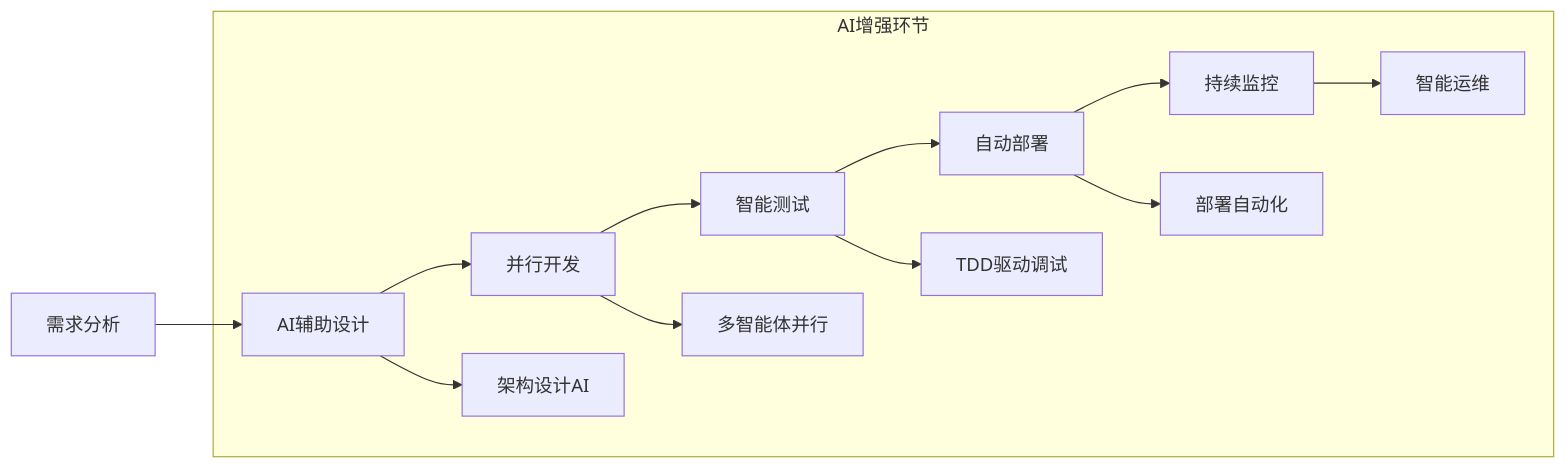
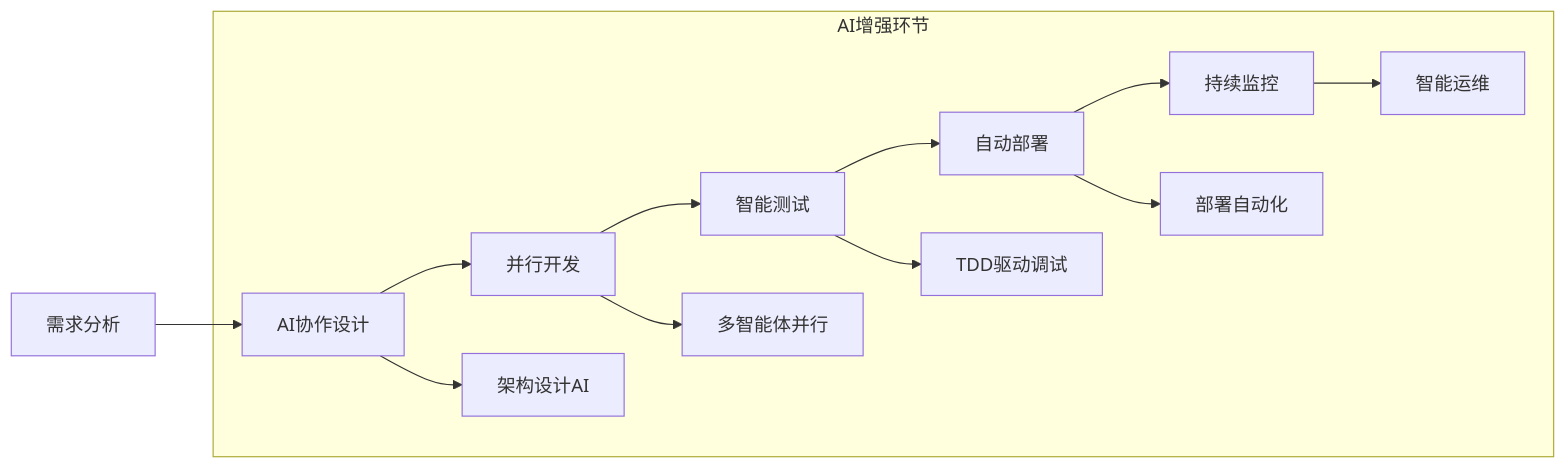
Before and after one commit to imleoo/claude-code-in-teams: the second of 2 diagrams in part1/chapter2.md, drawn with Mermaid. The commit also changed 60 other files, not shown here.

````diff
--- a/part1/chapter2.md
+++ b/part1/chapter2.md
@@ -109,16 +109,16 @@
 ```mermaid
 graph LR
-    A[需求分析] --> B[AI辅助设计]
+    A[需求分析] --> B[AI协作设计]
     B --> C[并行开发]
     C --> D[智能测试]
     D --> E[自动部署]
     E --> F[持续监控]
     
     subgraph "AI增强环节"
         B --> B1[架构设计AI]
         C --> C1[多智能体并行]
         D --> D1[TDD驱动调试]
         E --> E1[部署自动化]
         F --> F1[智能运维]
     end
 ```
````
